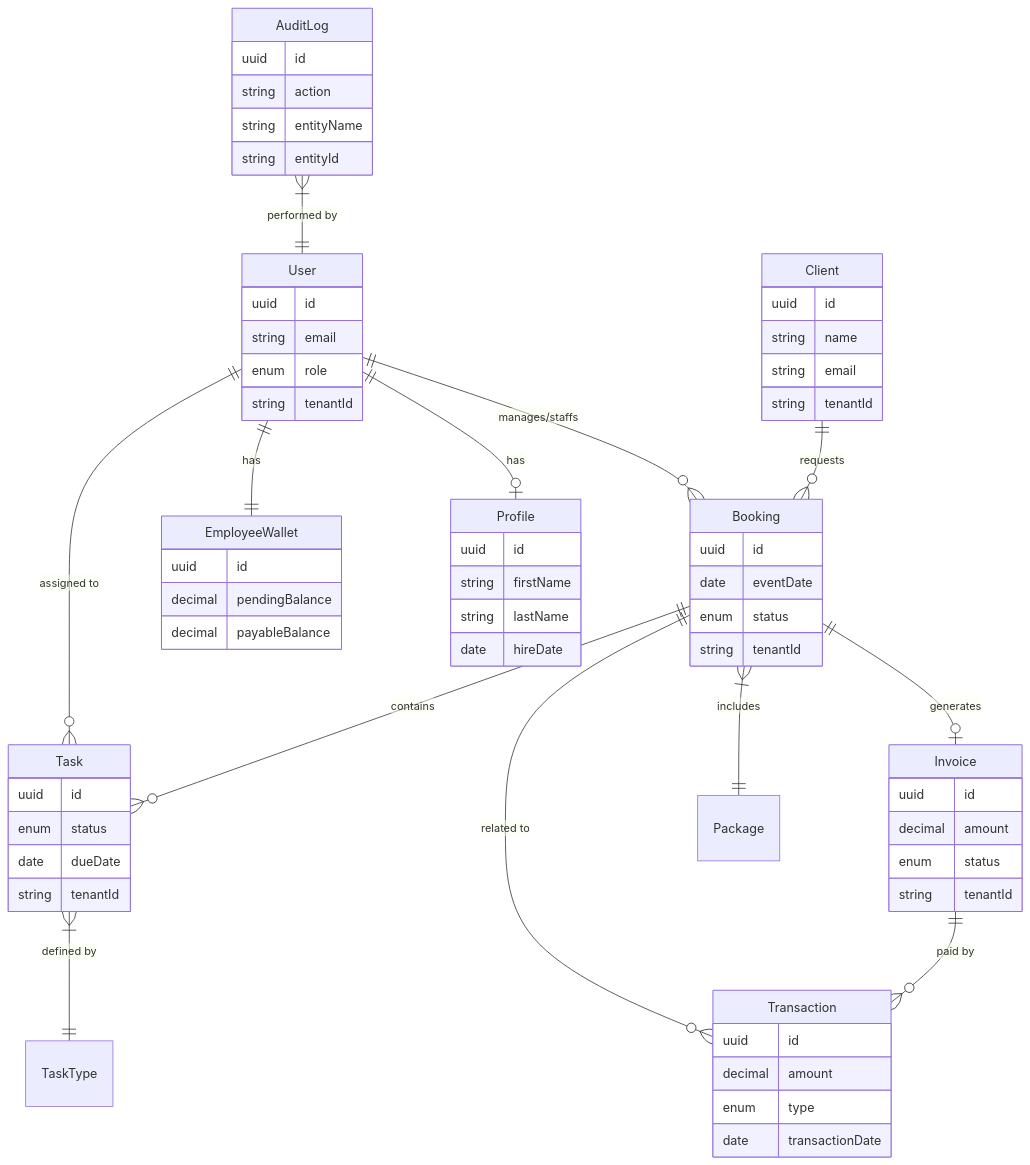
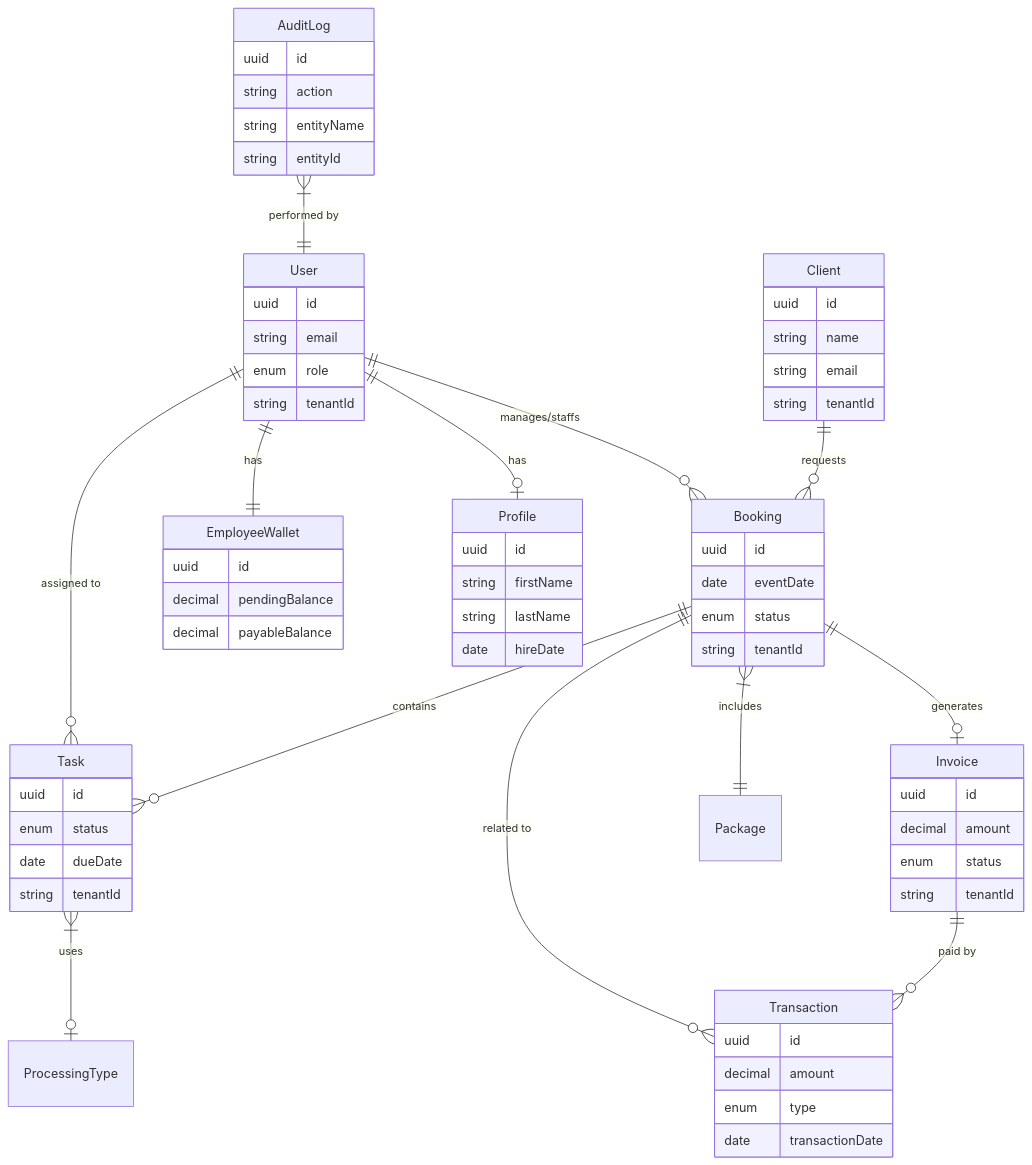
The diagram in README.md (specOper99/softy-erp-backend), drawn with Mermaid before and after one commit. The commit also changed other lines of this file and 32 other files, not shown here.

First line of the commit message:
refactor: rename taskType to processingType across the codebase

````diff
--- a/README.md
+++ b/README.md
@@ -49,69 +49,69 @@
 ```mermaid
 erDiagram
     User ||--o{ Booking : "manages/staffs"
     User ||--o{ Task : "assigned to"
     User ||--|| EmployeeWallet : "has"
     User ||--o| Profile : "has"
     Client ||--o{ Booking : "requests"
     Booking ||--o{ Task : "contains"
     Booking ||--o| Invoice : "generates"
     Booking ||--o{ Transaction : "related to"
     Booking }|--|| Package : "includes"
-    Task }|--|| TaskType : "defined by"
+    Task }|--o| ProcessingType : "uses"
     Invoice ||--o{ Transaction : "paid by"
     AuditLog }|--|| User : "performed by"
 
     User {
         uuid id
         string email
         enum role
         string tenantId
     }
     Profile {
         uuid id
         string firstName
         string lastName
         date hireDate
     }
     EmployeeWallet {
         uuid id
         decimal pendingBalance
         decimal payableBalance
     }
     Client {
         uuid id
         string name
         string email
         string tenantId
     }
     Booking {
         uuid id
         date eventDate
         enum status
         string tenantId
     }
     Task {
         uuid id
         enum status
         date dueDate
         string tenantId
     }
     Invoice {
         uuid id
         decimal amount
         enum status
         string tenantId
     }
     Transaction {
         uuid id
         decimal amount
         enum type
         date transactionDate
     }
     AuditLog {
         uuid id
         string action
         string entityName
         string entityId
     }
 ```
````
